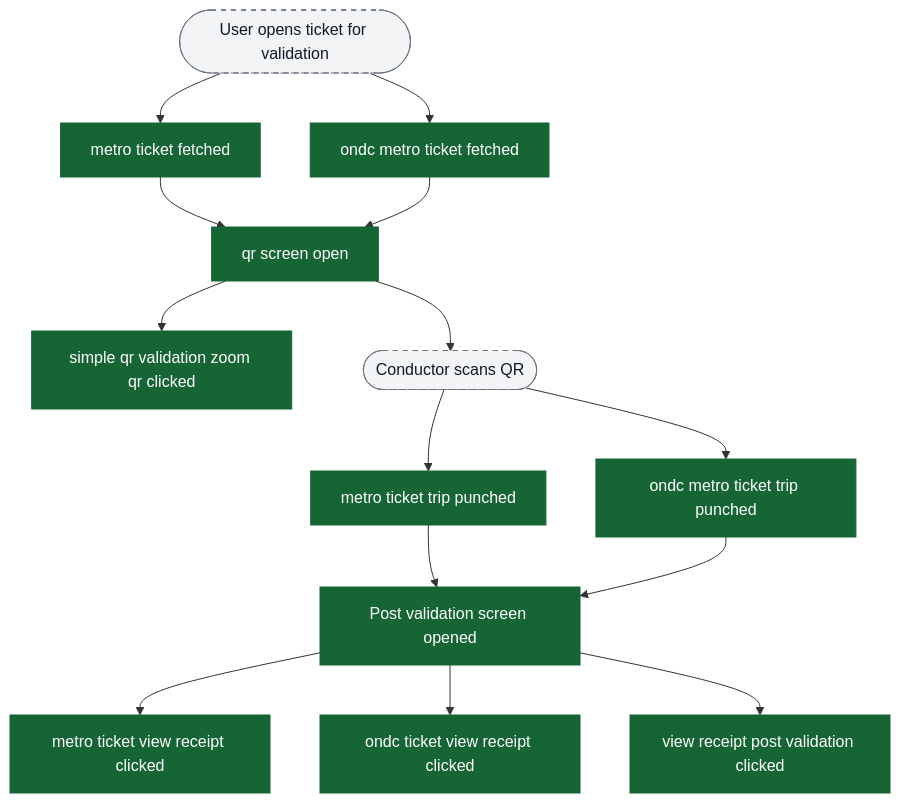
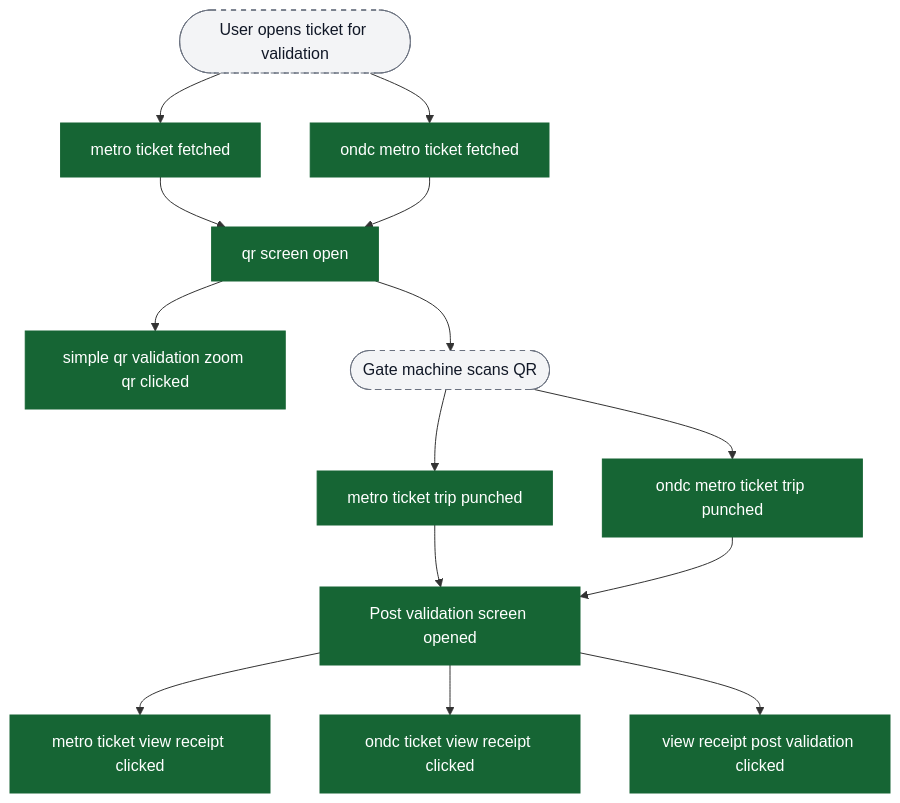
The fifth of 8 diagrams in content/analytics/metro/flow-diagrams.md (ratulsarna/chalo-app-dashboard), drawn with Mermaid before and after one commit. The commit also changed 5 other files, not shown here.

Commit message:
feat(analytics): enhance event tracking for instant ticket purchase, metro, mTicket, premium bus booking, and super pass flows

````diff
--- a/content/analytics/metro/flow-diagrams.md
+++ b/content/analytics/metro/flow-diagrams.md
@@ -141,27 +141,27 @@
 ```mermaid
 flowchart TD
   ui_openTicket([User opens ticket for validation]) --> ev_ticketFetched["metro ticket fetched"]
   ui_openTicket --> ev_ondcTicketFetched["ondc metro ticket fetched"]
 
   ev_ticketFetched --> ev_qrOpen["qr screen open"]
   ev_ondcTicketFetched --> ev_qrOpen
 
   ev_qrOpen --> ev_qrZoom["simple qr validation zoom qr clicked"]
-  ev_qrOpen --> ui_conductorScan([Conductor scans QR])
+  ev_qrOpen --> ui_gateScan([Gate machine scans QR])
 
-  ui_conductorScan --> ev_tripPunched["metro ticket trip punched"]
-  ui_conductorScan --> ev_ondcTripPunched["ondc metro ticket trip punched"]
+  ui_gateScan --> ev_tripPunched["metro ticket trip punched"]
+  ui_gateScan --> ev_ondcTripPunched["ondc metro ticket trip punched"]
 
   ev_tripPunched --> ev_postValidation["Post validation screen opened"]
   ev_ondcTripPunched --> ev_postValidation
 
   ev_postValidation --> ev_viewReceipt["metro ticket view receipt clicked"]
   ev_postValidation --> ev_ondcViewReceipt["ondc ticket view receipt clicked"]
   ev_postValidation --> ev_viewReceiptPostValidation["view receipt post validation clicked"]
 
   classDef event fill:#166534,stroke:#166534,color:#ffffff;
   classDef ui fill:#f3f4f6,stroke:#6b7280,stroke-dasharray: 5 5,color:#111827;
 
   class ev_ticketFetched,ev_ondcTicketFetched,ev_qrOpen,ev_qrZoom,ev_tripPunched,ev_ondcTripPunched,ev_postValidation,ev_viewReceipt,ev_ondcViewReceipt,ev_viewReceiptPostValidation event;
-  class ui_openTicket,ui_conductorScan ui;
+  class ui_openTicket,ui_gateScan ui;
 ```
````
